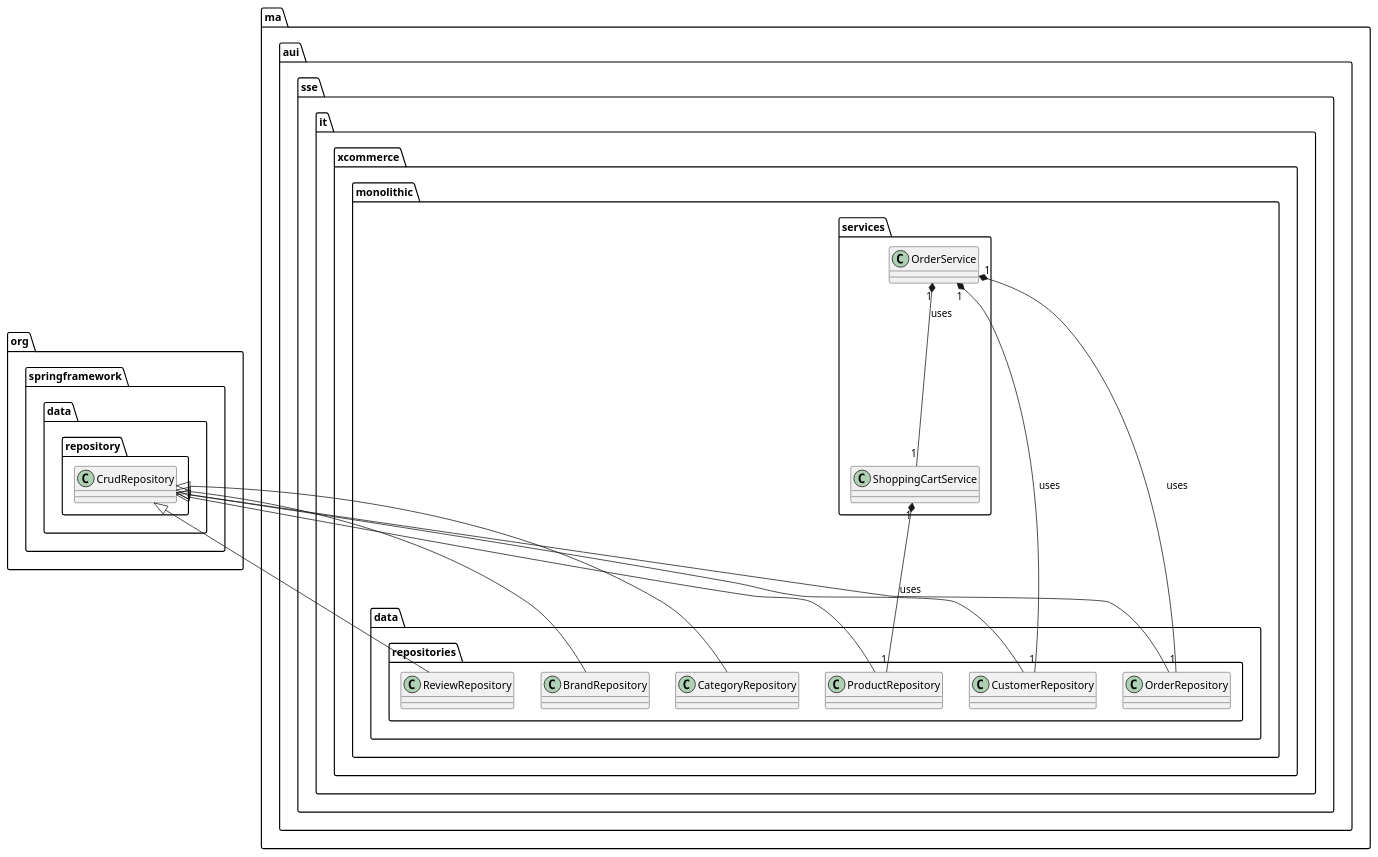
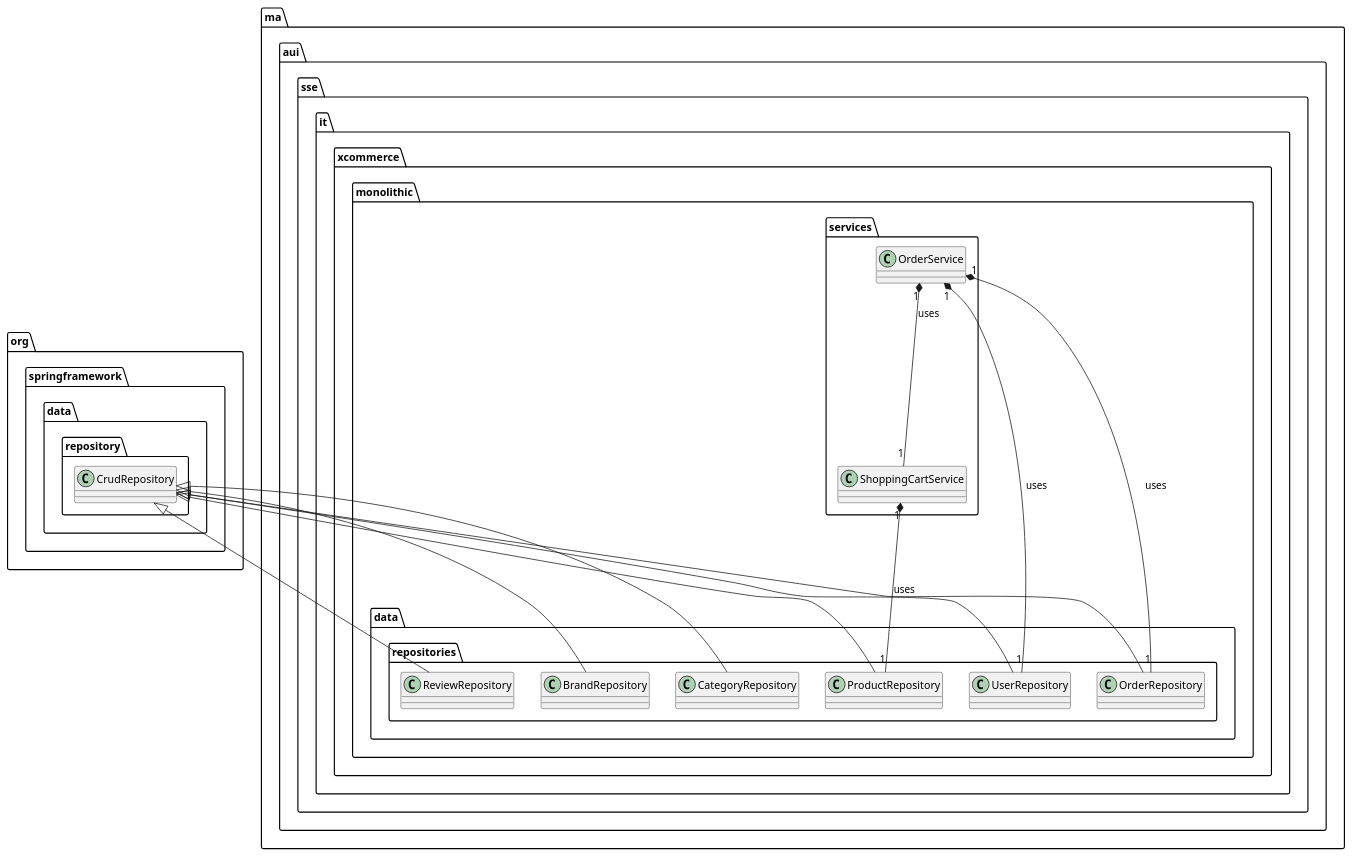
Before and after one commit to oiraqi/xcommerce-monolithic: the second of 2 diagrams in initial/src/main/resources/diagram.class.wsd, drawn with PlantUML. The commit also changed other lines of this file and 3 other files, not shown here.

```diff
--- a/initial/src/main/resources/diagram.class.wsd
+++ b/initial/src/main/resources/diagram.class.wsd
@@ -16,12 +16,12 @@
 @startuml RepositoriesServicesClassDiagram
 org.springframework.data.repository.CrudRepository <|-- ma.aui.sse.it.xcommerce.monolithic.data.repositories.ProductRepository
 org.springframework.data.repository.CrudRepository <|-- ma.aui.sse.it.xcommerce.monolithic.data.repositories.BrandRepository
 org.springframework.data.repository.CrudRepository <|-- ma.aui.sse.it.xcommerce.monolithic.data.repositories.CategoryRepository
-org.springframework.data.repository.CrudRepository <|-- ma.aui.sse.it.xcommerce.monolithic.data.repositories.CustomerRepository
+org.springframework.data.repository.CrudRepository <|-- ma.aui.sse.it.xcommerce.monolithic.data.repositories.UserRepository
 org.springframework.data.repository.CrudRepository <|-- ma.aui.sse.it.xcommerce.monolithic.data.repositories.OrderRepository
 org.springframework.data.repository.CrudRepository <|-- ma.aui.sse.it.xcommerce.monolithic.data.repositories.ReviewRepository
 ma.aui.sse.it.xcommerce.monolithic.services.ShoppingCartService "1" *-- "1" ma.aui.sse.it.xcommerce.monolithic.data.repositories.ProductRepository : uses
 ma.aui.sse.it.xcommerce.monolithic.services.OrderService "1" *-- "1" ma.aui.sse.it.xcommerce.monolithic.services.ShoppingCartService : uses
-ma.aui.sse.it.xcommerce.monolithic.services.OrderService "1" *-- "1" ma.aui.sse.it.xcommerce.monolithic.data.repositories.CustomerRepository : uses
+ma.aui.sse.it.xcommerce.monolithic.services.OrderService "1" *-- "1" ma.aui.sse.it.xcommerce.monolithic.data.repositories.UserRepository : uses
 ma.aui.sse.it.xcommerce.monolithic.services.OrderService "1" *-- "1" ma.aui.sse.it.xcommerce.monolithic.data.repositories.OrderRepository : uses
 @enduml
```
